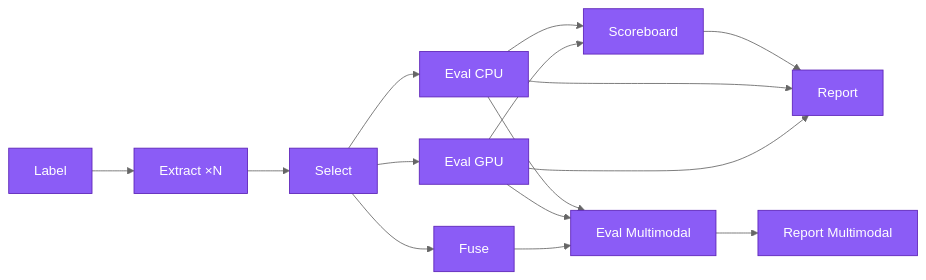
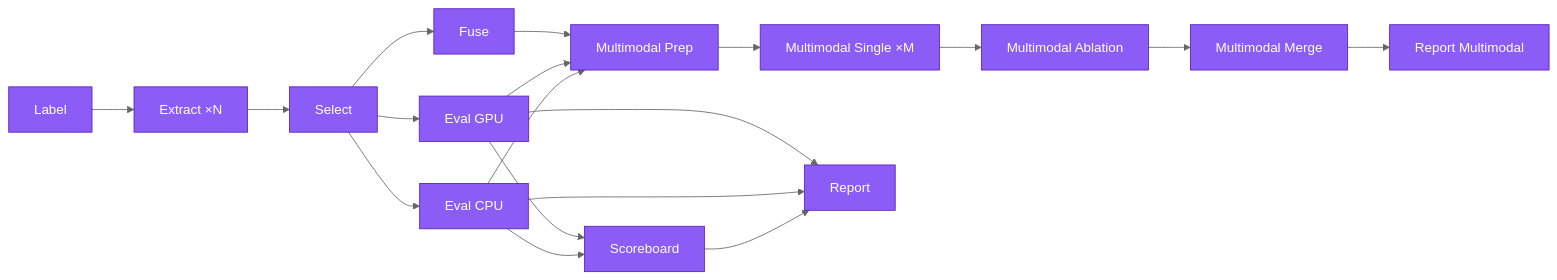
One commit to msk-access/kreview changed the diagram in docs/developer/pipeline-architecture.md. Above: the diagram before and after it, drawn with Mermaid (neutral theme). The commit also changed other lines of this file and 36 other files, not shown here.

````diff
--- a/docs/developer/pipeline-architecture.md
+++ b/docs/developer/pipeline-architecture.md
@@ -11,18 +11,21 @@
 ```mermaid
 graph LR
     classDef step fill:#8b5cf6,stroke:#5b21b6,color:#fff;
     A["Label"]:::step --> B["Extract ×N"]:::step
     B --> C[Select]:::step
     C --> D["Eval CPU"]:::step
     C --> E["Eval GPU"]:::step
     C --> F[Fuse]:::step
     D --> S[Scoreboard]:::step
     E --> S
-    D --> G["Eval Multimodal"]:::step
-    E --> G
-    F --> G
+    D --> MM_PREP["Multimodal Prep"]:::step
+    E --> MM_PREP
+    F --> MM_PREP
+    MM_PREP --> MM_SINGLE["Multimodal Single ×M"]:::step
+    MM_SINGLE --> MM_ABLATION["Multimodal Ablation"]:::step
+    MM_ABLATION --> MM_MERGE["Multimodal Merge"]:::step
     S --> H[Report]:::step
     D --> H
     E --> H
-    G --> I["Report Multimodal"]:::step
+    MM_MERGE --> I["Report Multimodal"]:::step
 ```
````
